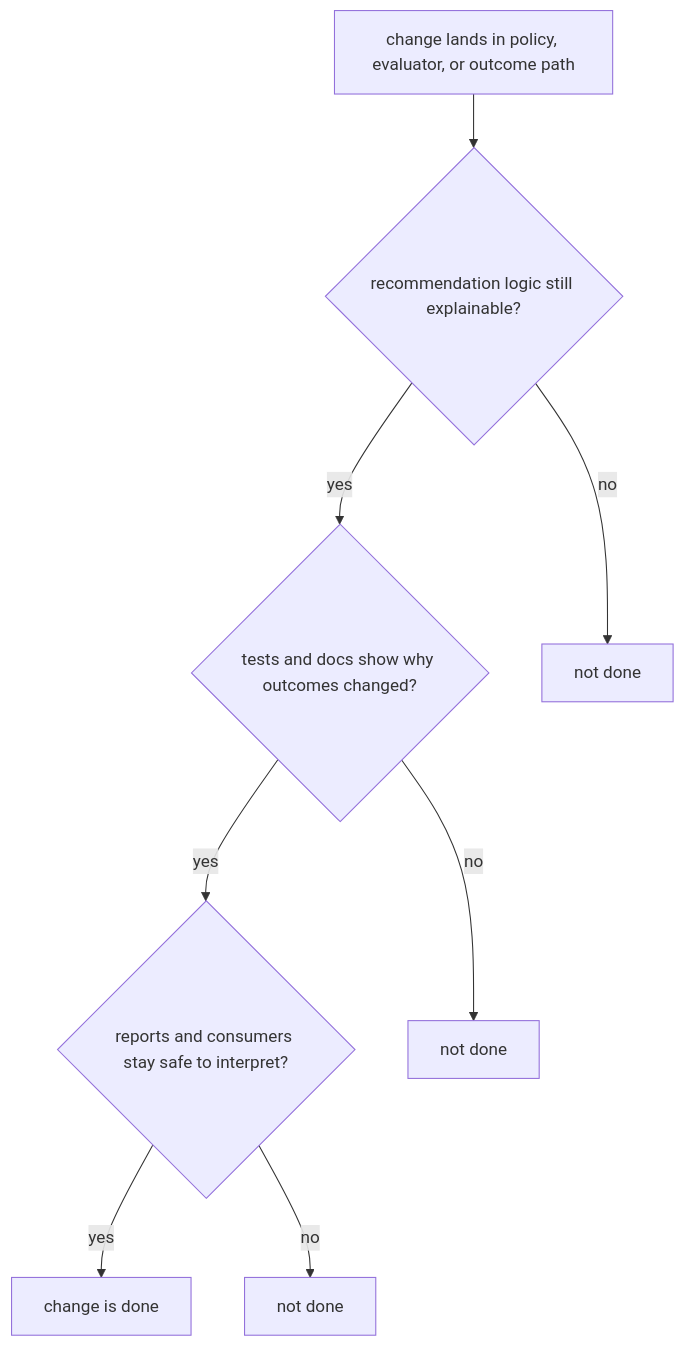
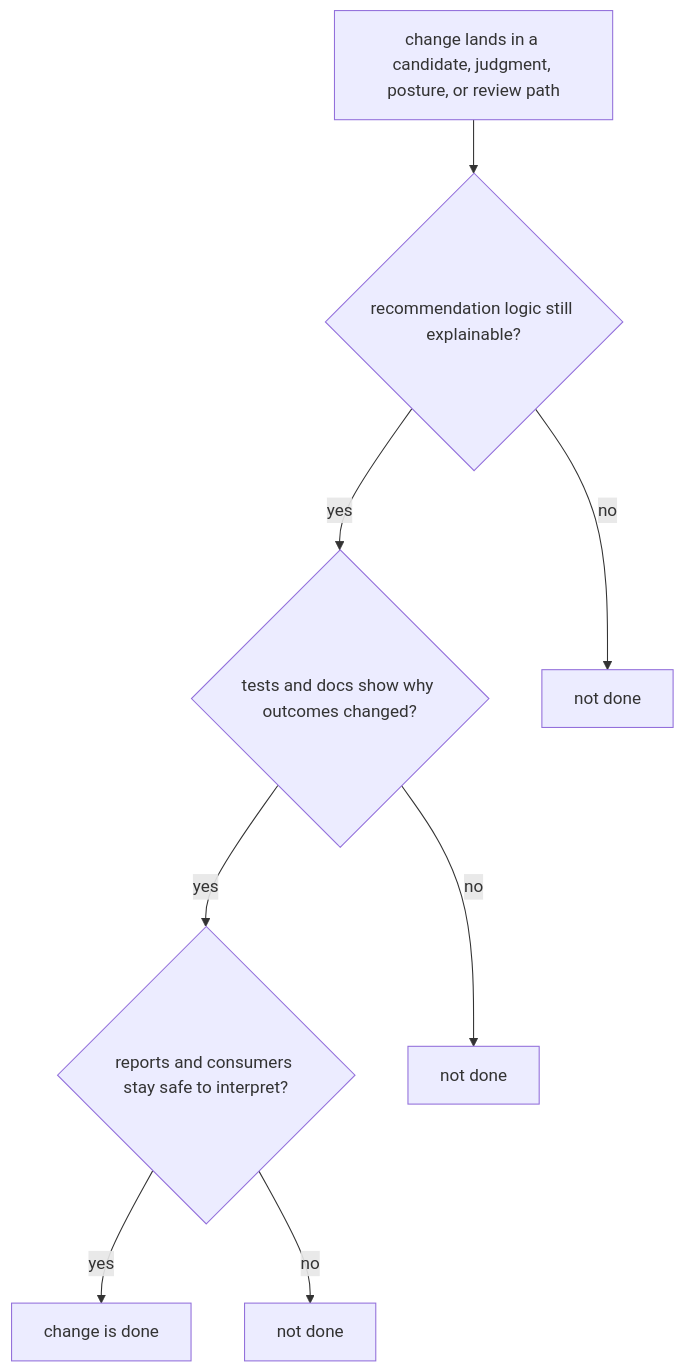
Before and after one commit to bijux/bijux-proteomics: the diagram in docs/05-bijux-proteomics-intelligence/quality/definition-of-done.md, drawn with Mermaid. The commit also changed other lines of this file and 35 other files, not shown here.

````diff
--- a/docs/05-bijux-proteomics-intelligence/quality/definition-of-done.md
+++ b/docs/05-bijux-proteomics-intelligence/quality/definition-of-done.md
@@ -18,16 +18,16 @@
 ```mermaid
 flowchart TB
-    change["change lands in policy, evaluator, or outcome path"]
+    change["change lands in a candidate, judgment, posture, or review path"]
     logic{"recommendation logic still explainable?"}
     proof{"tests and docs show why outcomes changed?"}
     downstream{"reports and consumers stay safe to interpret?"}
     done["change is done"]
 
     change --> logic
     logic -->|yes| proof
     logic -->|no| block1["not done"]
     proof -->|yes| downstream
     proof -->|no| block2["not done"]
     downstream -->|yes| done
     downstream -->|no| block3["not done"]
 ```
````
